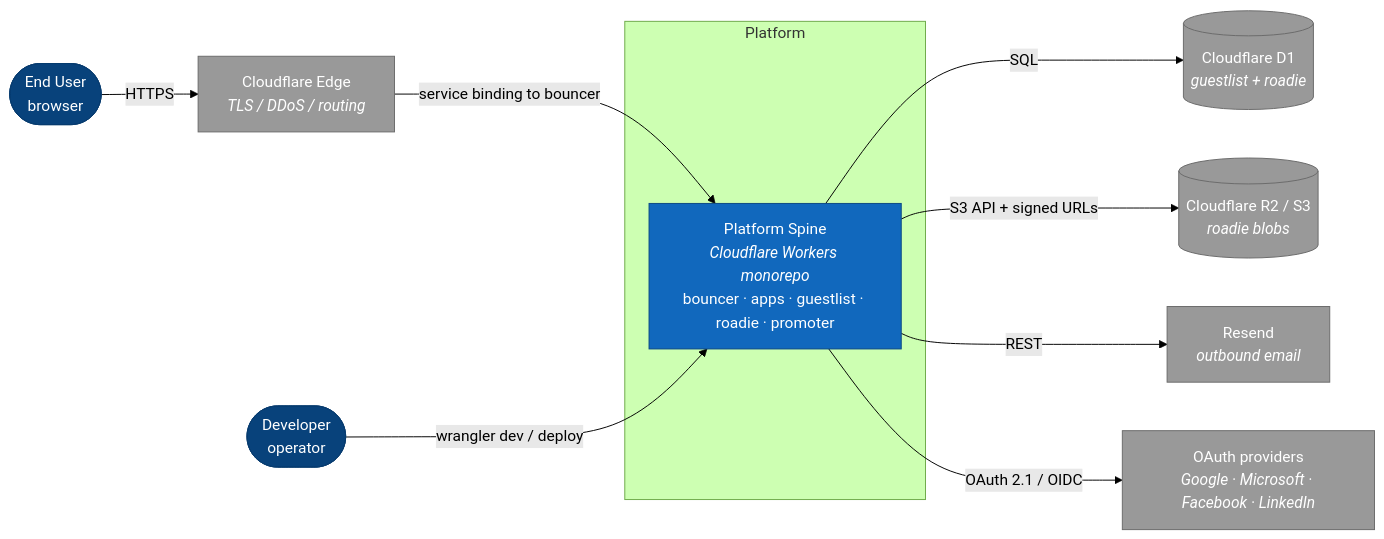
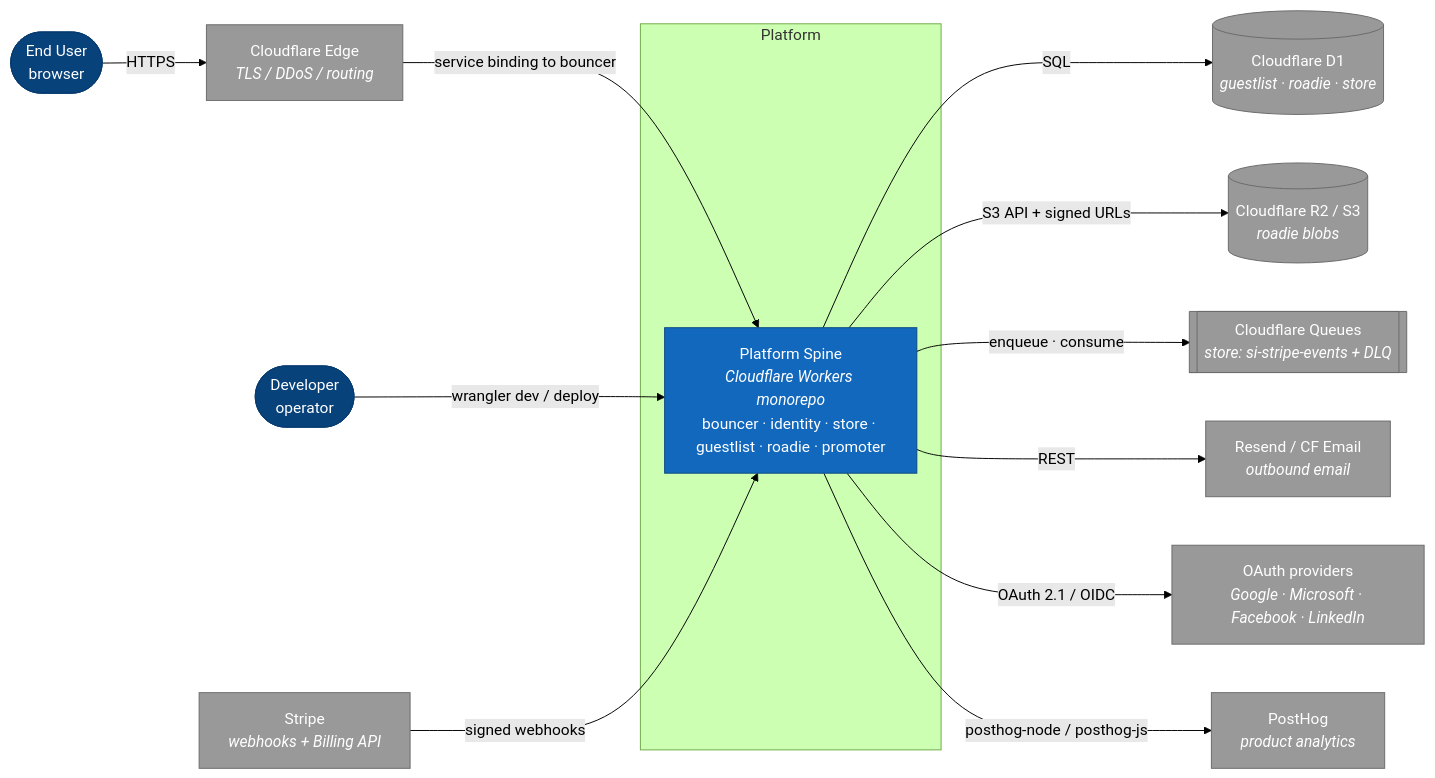
Before and after one commit to apostolos-geyer/somewhatintelligent: the first of 17 diagrams in docs/ARCHITECTURE.md, drawn with Mermaid (forest theme). The commit also changed other lines of this file, not shown here.

Commit message:
docs(repo): expand architecture — stripe ingestion, analytics, release/devops/IaC, testing

````diff
--- a/docs/ARCHITECTURE.md
+++ b/docs/ARCHITECTURE.md
@@ -25,27 +27,33 @@
 ```mermaid
 flowchart LR
   user(["End User<br/>browser"]):::person
   dev(["Developer<br/>operator"]):::person
 
   subgraph platform["Platform"]
-    spine["Platform Spine<br/><i>Cloudflare Workers monorepo</i><br/>bouncer · apps · guestlist · roadie · promoter"]:::system
+    spine["Platform Spine<br/><i>Cloudflare Workers monorepo</i><br/>bouncer · identity · store · guestlist · roadie · promoter"]:::system
   end
 
   cf["Cloudflare Edge<br/><i>TLS / DDoS / routing</i>"]:::ext
-  d1[("Cloudflare D1<br/><i>guestlist + roadie</i>")]:::ext
+  d1[("Cloudflare D1<br/><i>guestlist · roadie · store</i>")]:::ext
   r2[("Cloudflare R2 / S3<br/><i>roadie blobs</i>")]:::ext
-  resend["Resend<br/><i>outbound email</i>"]:::ext
+  queues[["Cloudflare Queues<br/><i>store: si-stripe-events + DLQ</i>"]]:::ext
+  resend["Resend / CF Email<br/><i>outbound email</i>"]:::ext
   idp["OAuth providers<br/><i>Google · Microsoft · Facebook · LinkedIn</i>"]:::ext
+  stripe["Stripe<br/><i>webhooks + Billing API</i>"]:::ext
+  posthog["PostHog<br/><i>product analytics</i>"]:::ext
 
   user -->|HTTPS| cf
   cf -->|service binding to bouncer| spine
   dev -->|wrangler dev / deploy| spine
   spine -->|SQL| d1
   spine -->|S3 API + signed URLs| r2
+  spine -->|enqueue · consume| queues
   spine -->|REST| resend
   spine -->|OAuth 2.1 / OIDC| idp
+  stripe -->|signed webhooks| spine
+  spine -->|posthog-node / posthog-js| posthog
 
   classDef person fill:#08427b,stroke:#073b6f,color:#fff
   classDef system fill:#1168bd,stroke:#0b4884,color:#fff
   classDef ext fill:#999,stroke:#6b6b6b,color:#fff
 ```
````
